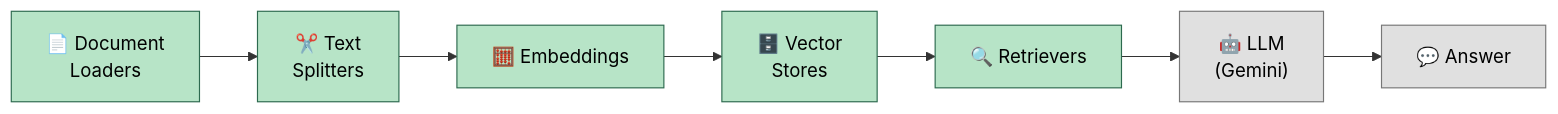
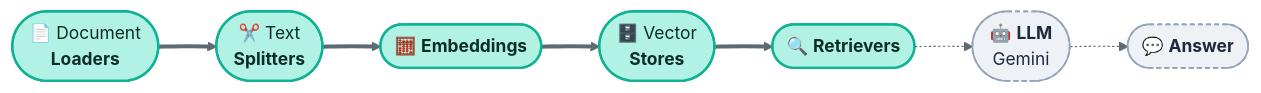
The first of 6 diagrams in README.md (Og-Brutal/langchain-rag-pipeline), drawn with Mermaid before and after one commit. The commit also changed other lines of this file, not shown here.

First line of the commit message:
docs: redesign README with polished visuals and refined diagrams

````diff
--- a/README.md
+++ b/README.md
@@ -40,17 +61,15 @@
 ```mermaid
+%%{init: {'theme':'base','themeVariables':{'primaryColor':'#0FB295','primaryTextColor':'#0B2E26','primaryBorderColor':'#0FB295','lineColor':'#5C6B73','fontSize':'15px','fontFamily':'Inter, Segoe UI, sans-serif'}}}%%
 flowchart LR
-    A["📄 Document<br/>Loaders"] --> B["✂️ Text<br/>Splitters"]
-    B --> C["🧮 Embeddings"]
-    C --> D["🗄️ Vector<br/>Stores"]
-    D --> E["🔍 Retrievers"]
-    E --> F["🤖 LLM<br/>(Gemini)"]
-    F --> G["💬 Answer"]
+    A(["📄 Document<br/><b>Loaders</b>"]) ==> B(["✂️ Text<br/><b>Splitters</b>"])
+    B ==> C(["🧮 <b>Embeddings</b>"])
+    C ==> D(["🗄️ Vector<br/><b>Stores</b>"])
+    D ==> E(["🔍 <b>Retrievers</b>"])
+    E -.-> F(["🤖 <b>LLM</b><br/>Gemini"])
+    F -.-> G(["💬 <b>Answer</b>"])
 
-    style A fill:#b7e4c7,stroke:#2d6a4f,color:#000
-    style B fill:#b7e4c7,stroke:#2d6a4f,color:#000
-    style C fill:#b7e4c7,stroke:#2d6a4f,color:#000
-    style D fill:#b7e4c7,stroke:#2d6a4f,color:#000
-    style E fill:#b7e4c7,stroke:#2d6a4f,color:#000
-    style F fill:#e0e0e0,stroke:#777,color:#000
-    style G fill:#e0e0e0,stroke:#777,color:#000
+    classDef covered fill:#B2F2E5,stroke:#0FB295,stroke-width:2px,color:#0B2E26
+    classDef external fill:#EEF2F7,stroke:#94A3B8,stroke-width:1.5px,stroke-dasharray:4 3,color:#1E293B
+    class A,B,C,D,E covered
+    class F,G external
 ```
````
